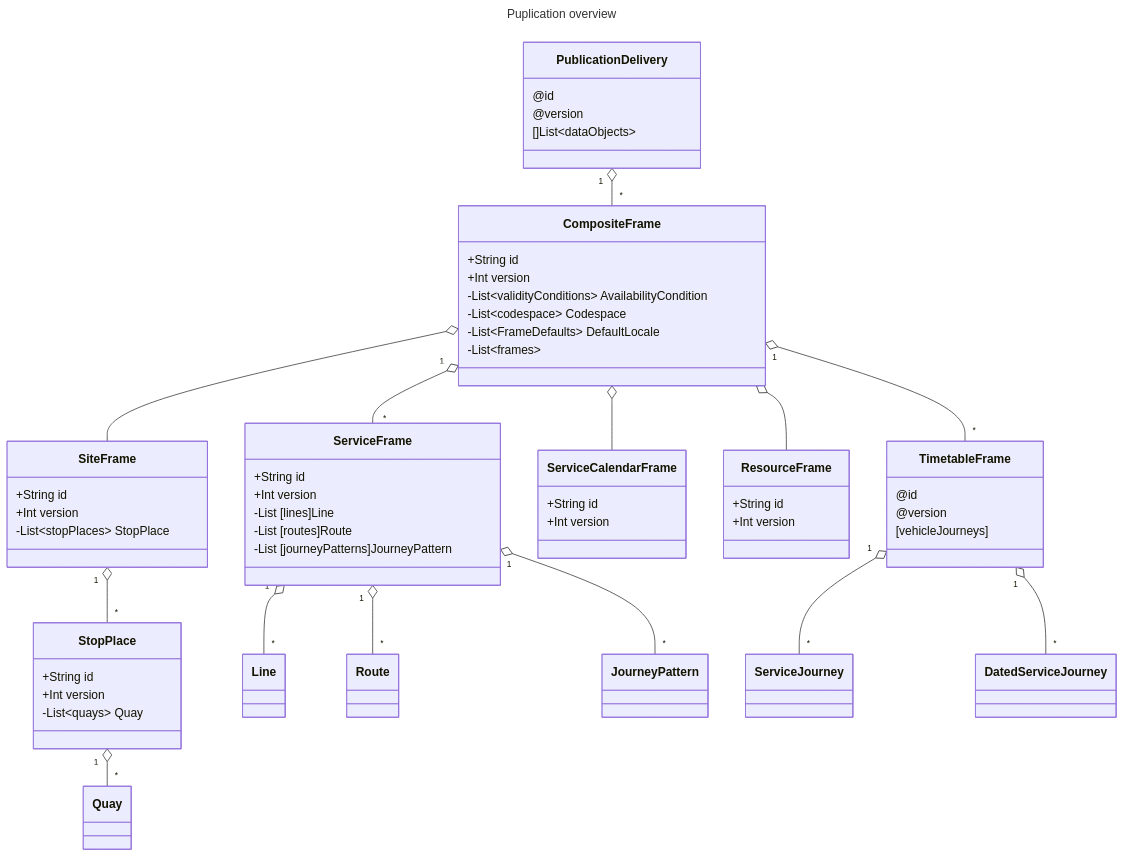
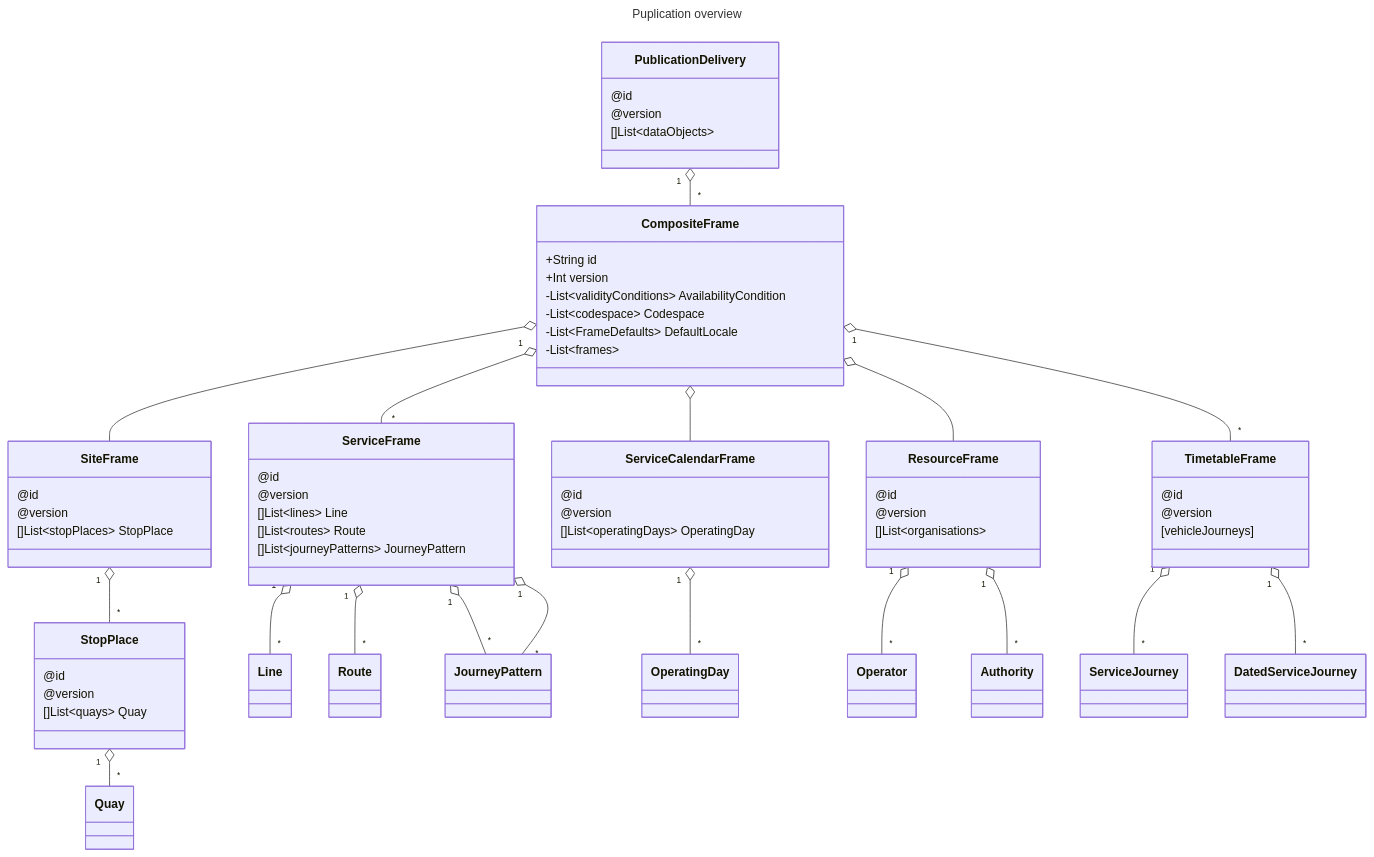
Before and after one commit to hfjelstad/Profile-Documentation: the diagram in 04-Guides/Timetable_DatedServiceJourney_V2.md, drawn with Mermaid.

Commit message:
Finishing

````diff
--- a/04-Guides/Timetable_DatedServiceJourney_V2.md
+++ b/04-Guides/Timetable_DatedServiceJourney_V2.md
@@ -10,65 +10,71 @@
 ```mermaid
 ---
 title: Puplication overview 
 ---
 
 classDiagram
     PublicationDelivery "1" o-- "*" CompositeFrame
     class PublicationDelivery{
         @id
         @version
         []List~dataObjects~ 
     }
     class CompositeFrame{
         +String id
         +Int version
         -List~validityConditions~ AvailabilityCondition
         -List~codespace~ Codespace
         -List~FrameDefaults~ DefaultLocale
         -List~frames~
     }
     click CompositeFrame href "https://github.com/hfjelstad/Profile-Documentation/blob/main/01-Frames/CompositeFrame.md"
     CompositeFrame o-- SiteFrame
     class SiteFrame{
-        +String id
-        +Int version
-        -List~stopPlaces~ StopPlace
+        @id
+        @version
+        []List~stopPlaces~ StopPlace
     }
     SiteFrame "1" o-- "*" StopPlace
     class StopPlace{
-        +String id
-        +Int version
-        -List~quays~ Quay
+        @id
+        @version
+        []List~quays~ Quay
     }
     StopPlace "1" o-- "*" Quay
     CompositeFrame "1" o-- "*" ServiceFrame
     class ServiceFrame{
-        +String id
-        +Int version
-        -List [lines]Line
-        -List [routes]Route
-        -List [journeyPatterns]JourneyPattern
+        @id
+        @version
+        []List~lines~ Line
+        []List~routes~ Route
+        []List~journeyPatterns~ JourneyPattern
     }
     ServiceFrame "1" o-- "*" Line
     ServiceFrame "1" o-- "*" Route
     ServiceFrame "1" o-- "*" JourneyPattern
+    ServiceFrame "1" o-- "*" JourneyPattern
     CompositeFrame o-- ServiceCalendarFrame
     class  ServiceCalendarFrame{
-        +String id
-        +Int version
+        @id
+        @version
+        []List~operatingDays~ OperatingDay
     }
+    ServiceCalendarFrame "1" o-- "*" OperatingDay
     CompositeFrame o-- ResourceFrame
     class  ResourceFrame{
-        +String id
-        +Int version
+        @id
+        @version
+        []List~organisations~ 
     }
+    ResourceFrame "1" o-- "*" Operator
+    ResourceFrame "1" o-- "*" Authority
     CompositeFrame "1" o-- "*" TimetableFrame
     class TimetableFrame{
         @id 
         @version 
         [vehicleJourneys]
     }
     TimetableFrame "1" o-- "*" ServiceJourney
     TimetableFrame "1" o-- "*" DatedServiceJourney
 
 ```
````
